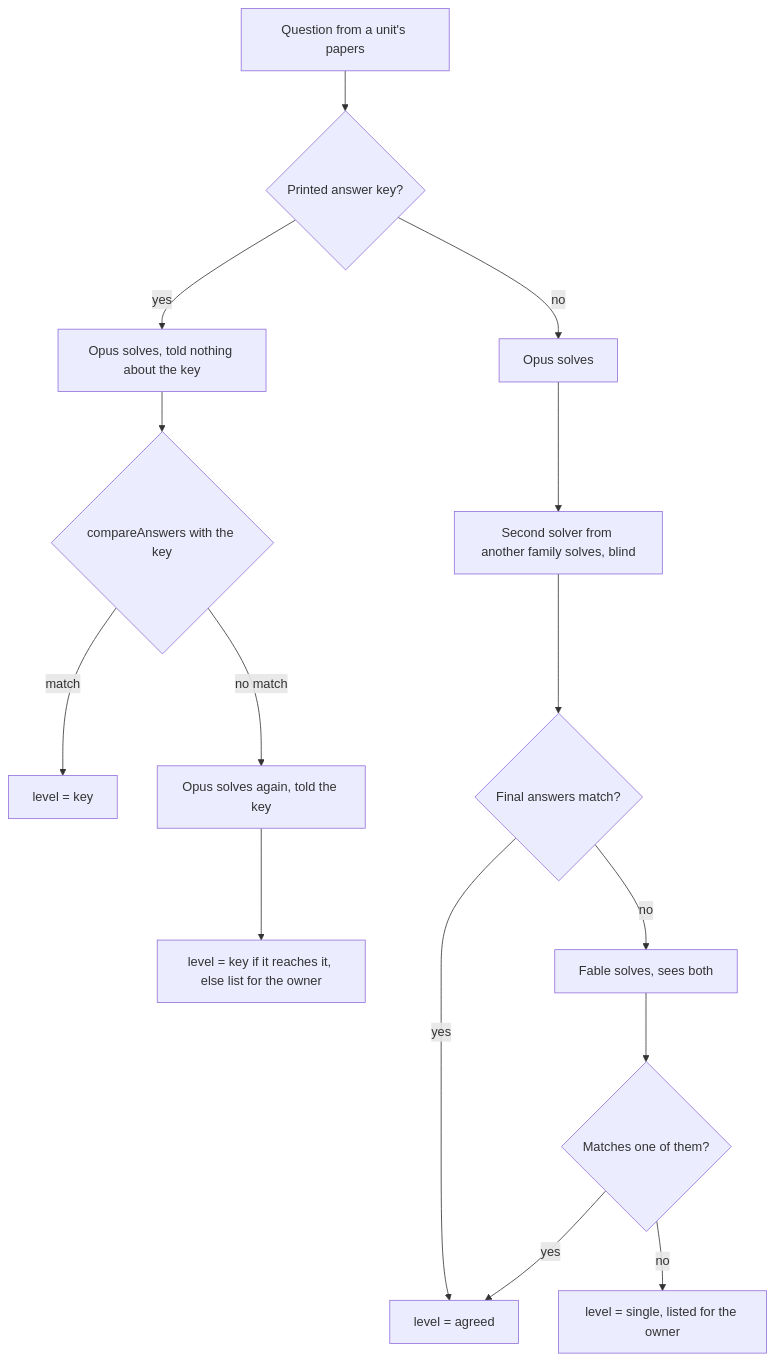
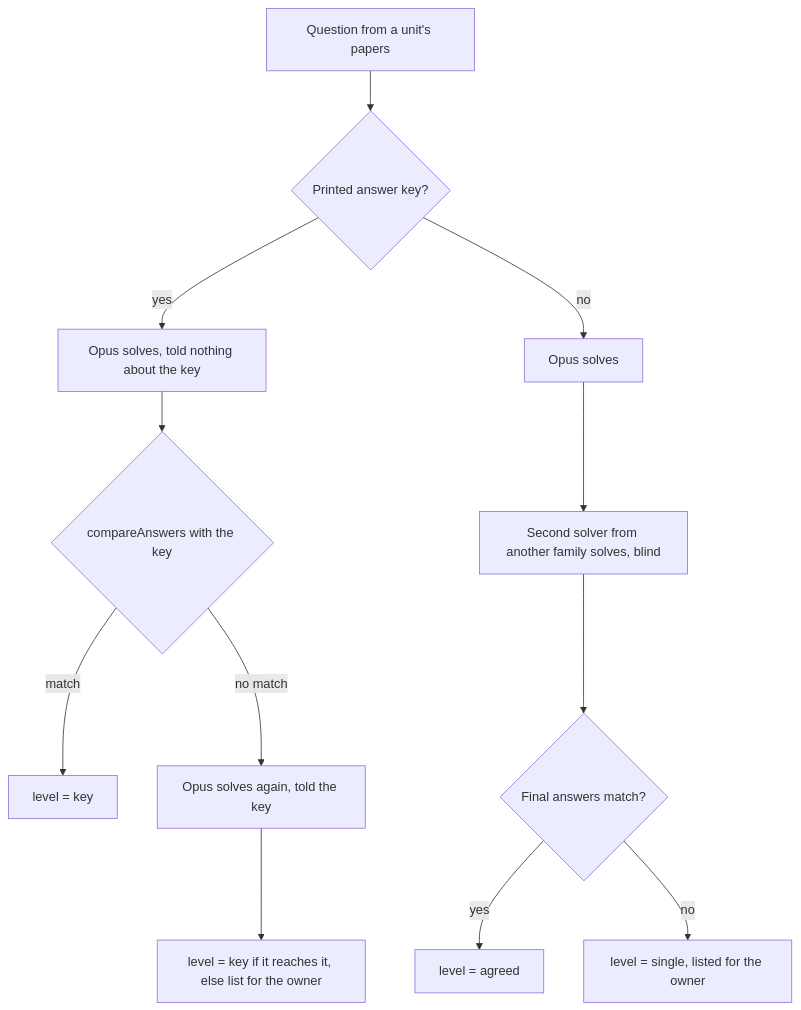
Before and after one commit to kkkkenya/discord-sync-bot: the second of 2 diagrams in study/docs/ARCHITECTURE.md, drawn with Mermaid. The commit also changed other lines of this file and 4 other files, not shown here.

Commit message:
crux(e1): no Fable for answers: drop the referee, disagreements go to the owner's list

````diff
--- a/study/docs/ARCHITECTURE.md
+++ b/study/docs/ARCHITECTURE.md
@@ -141,17 +141,15 @@
 ```mermaid
 flowchart TD
   Q[Question from a unit's papers] --> P{Printed answer key?}
   P -- yes --> S1[Opus solves, told nothing about the key]
   S1 --> C1{compareAnswers with the key}
   C1 -- match --> KEY[level = key]
   C1 -- no match --> RETRY[Opus solves again, told the key]
   RETRY --> KEY2[level = key if it reaches it, else list for the owner]
   P -- no --> S2[Opus solves]
   S2 --> S3[Second solver from another family solves, blind]
   S3 --> C2{Final answers match?}
   C2 -- yes --> AG[level = agreed]
-  C2 -- no --> F[Fable solves, sees both]
-  F --> C3{Matches one of them?}
-  C3 -- yes --> AG
-  C3 -- no --> SI[level = single, listed for the owner]
+  C2 -- no --> SI
+  SI[level = single, listed for the owner]
 ```
````
